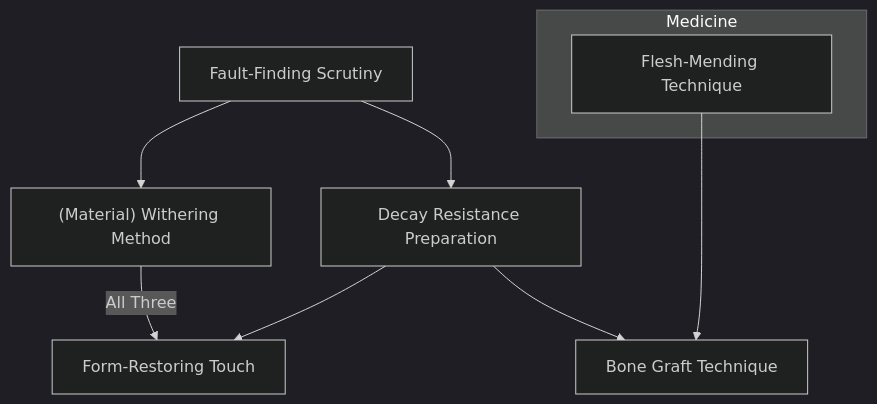
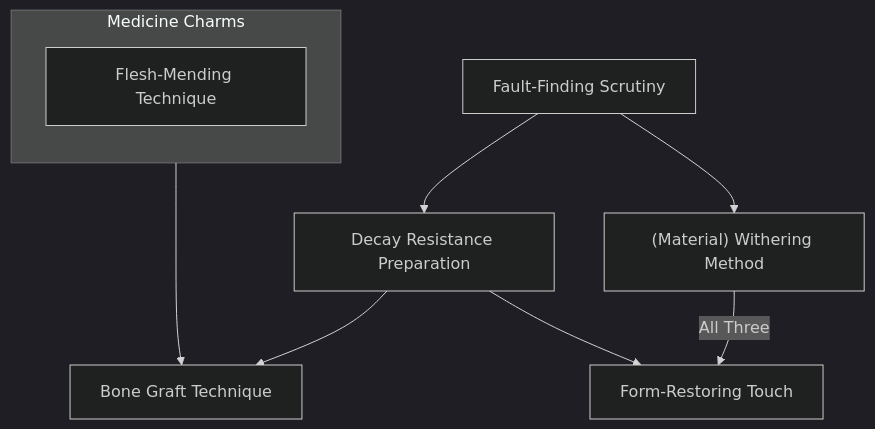
The diagram in docs/mermaid/abyssal/daybreak_craft_1.mmd (jrobichaud/exalted-charms-1e), drawn with Mermaid before and after one commit. The commit also changed 162 other files, not shown here.

```diff
--- a/docs/mermaid/abyssal/daybreak_craft_1.mmd
+++ b/docs/mermaid/abyssal/daybreak_craft_1.mmd
@@ -1,149 +1,150 @@
 ---
 config:
   theme: dark
 ---
 flowchart TD
 
     fault_finding_scrutiny[Fault-Finding Scrutiny]
     click fault_finding_scrutiny callback "
         Fault-Finding Scrutiny<br>
         <br>
         Cost: 4 motes<br>
         Duration: Instant<br>
         Type: Simple<br>
         Minimum Craft: 3<br>
         Minimum Essence: 2<br>
         Prerequisite Charms: None<br>
         <br>
         By attuning her gaze to the seeds of entropy in all
         things, an Abyssal using this Charm can perceive the weak
         points of any inanimate object. Fracture lines and hidden
         cracks appear stained oily black, while even the slightest
         traces of rot or rust glow hideous shades of brown and red.
         With this knowledge, characters may exploit or repair the
         flaws they find with greater facility.<br>
         Characters attempting to repair faults identified with
         this Charm may double any Craft-related dice pool to do
         so. However, such repairs require the same effort, time and
         tools as normal. Similarly, characters attacking a scruti-
         nized object’s weak points count extra successes twice for
         the purpose of determining damage with their first strike.
         Subsequent attacks do not receive this bonus unless the
         character uses Fault-Finding Scrutiny to reevaluate the
         object’s weaknesses.
         "
 
     material_withering_method["(Material) Withering Method"]
     fault_finding_scrutiny --> material_withering_method
     click material_withering_method callback "
         (Material) Withering Method<br>
         <br>
         Cost: 5 motes<br>
         Duration: Instant<br>
         Type: Reflexive<br>
         Minimum Craft: 3<br>
         Minimum Essence: 2<br>
         Prerequisite Charms: Fault-Finding Scrutiny<br>
         <br>
         The Exalt channels corrosive Essence directly into an
         object, triggering rapid decay. (Material) Withering
         Method is actually three separate Charms, each encompassing
         a different substance: wood, metal and stone.
         Although the three versions decay their respective material
         differently — rotting, rusting or crumbling as
         appropriate — the final result is the same: The object
         disintegrates to nothing within seconds. This Charm can
         only be used on objects the size of a large weapon or a single
         suit of armor. (Material) Withering Method has no effect
         on enchanted items, including those made from or reinforced
         by the Five Magical Materials. All versions of this
         Charm have a range of (the Abyssal’s permanent Essence
         x 10) yards and may only be used once per turn.
         "
 
     decay_resistance_preparation[Decay Resistance Preparation]
     fault_finding_scrutiny --> decay_resistance_preparation
     click decay_resistance_preparation callback "
         Decay Resistance Preparation<br>
         <br>
         Cost: 10 motes, 1 Willpower<br>
         Duration: Instant<br>
         Type: Simple<br>
         Minimum Craft: 4<br>
         Minimum Essence: 2<br>
         Prerequisite Charms: Fault-Finding Scrutiny<br>
         <br>
         This Charm makes an object highly resistant to natu-
         ral and unnatural forms of decay, including corrosion, rust,
         rot and even simple weathering. For ordinary wear and
         tear, treated objects endure at least 10 times as long as
         untreated counterparts. Against more aggressive causes of
         decay, such as acid baths or bolts of raw entropy, treated
         objects have double the usual soak or resistance dice pool.
         Although this enhancement is permanent, it only protects
         against decay. Treated objects have no additional resilience
         against other sources of damage and may be cut,
         burnt or otherwise broken as easily as normal. This Charm
         does not work on living beings.
         "
 
-    subgraph Medicine
+    subgraph medicine[Medicine Charms]
+        direction TB
         flesh_mending_technique[Flesh-Mending Technique]
     end
 
     bone_graft_technique[Bone Graft Technique]
     decay_resistance_preparation --> bone_graft_technique
     flesh_mending_technique ---> bone_graft_technique
     click bone_graft_technique callback "
         Bone Graft Technique<br>
         Cost: 10 motes
         Duration: Instant
         Type: Simple
         Minimum Craft: 4
         Minimum Medicine: 2
         Minimum Essence: 2
         Prerequisite Charms:Decay Resistance Preparation,
         Flesh-Mending Discipline
         With this Charm, an Abyssal can fashion prosthetics
         of iron and carved bone and affix them to living flesh as
         replacements for missing limbs. The Exalt must first build
         the actual prosthesis, which requires a number of creation
         rolls as outlined on pages 245 and 246 of Exalted, usually
         using Craft (Necrosurgery). If successful, the character can
         use this Charm to join the implant with its host. The
         recipient must commit Essence (or Willpower, in the case
         of mortals) to attune the device to her life force. Generally,
         a hand requires 3 motes or 1 point of Willpower, while a
         full arm requires 5 motes or 2 Willpower. Entire legs can
         take as many as 8 motes or 3 Willpower. So long as the cost
         remains attuned, the prosthesis behaves entirely as its
         organic counterpart. Owing to their sturdy construction,
         prosthetics designed with this Charm have a +2L/2B soak
         against damage of any sort.
         "
 
     form_restoring_touch[Form-Restoring Touch]
     material_withering_method --> |All Three| form_restoring_touch
     decay_resistance_preparation --> form_restoring_touch
     click form_restoring_touch callback "
         Form-Restoring Touch<br>
         <br>
         Cost: 10 motes, 1 Willpower, one lethal health level<br>
         Duration: Instant<br>
         Type: Simple<br>
         Minimum Craft: 5<br>
         Minimum Essence: 3<br>
         Prerequisite Charms: All three (Material) Withering Method Charms, Decay Resistance Preparation<br>
         <br>
         This Charm allows a character to repair any broken
         object, so long as some fragment remains. The character
         must spend a number of hours working on the object equal
         to (10 - her permanent Essence), while she painstakingly
         joins shards and binds them with wisps of memory dredged
         from the winds of the Underworld. This Charm cannot
         remake intangible items (such as broken promises) or
         restore objects more yards in radius than the character’s
         permanent Essence. Form-Restoring Touch can repair
         items of First Age manufacture but can do nothing to mend
         those whose magic has fled or been exhausted.
         "
```
